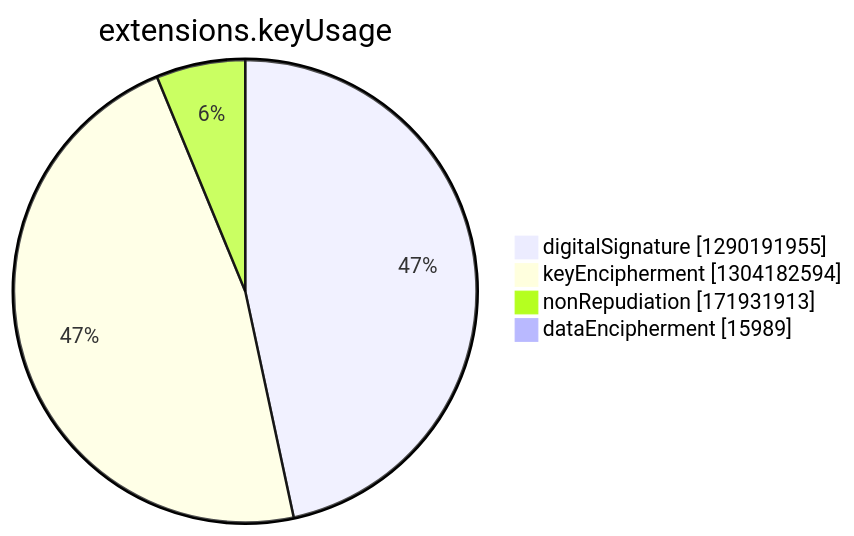
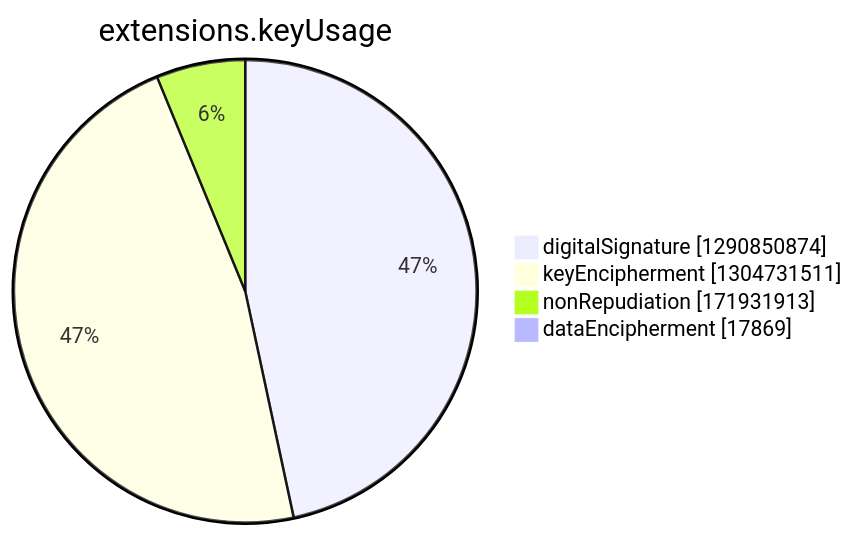
Before and after one commit to christiankrug/ctmonitor_visualization: the seventh of 15 diagrams in argon2022/README.md, drawn with Mermaid. The commit also changed other lines of this file, not shown here.

````diff
--- a/argon2022/README.md
+++ b/argon2022/README.md
@@ -2748,8 +2748,8 @@
 ```mermaid
 pie showData
 title extensions.keyUsage
-"digitalSignature" :1290191955
-"keyEncipherment" :1304182594
+"digitalSignature" :1290850874
+"keyEncipherment" :1304731511
 "nonRepudiation" :171931913
-"dataEncipherment" :15989
+"dataEncipherment" :17869
 ```
````
